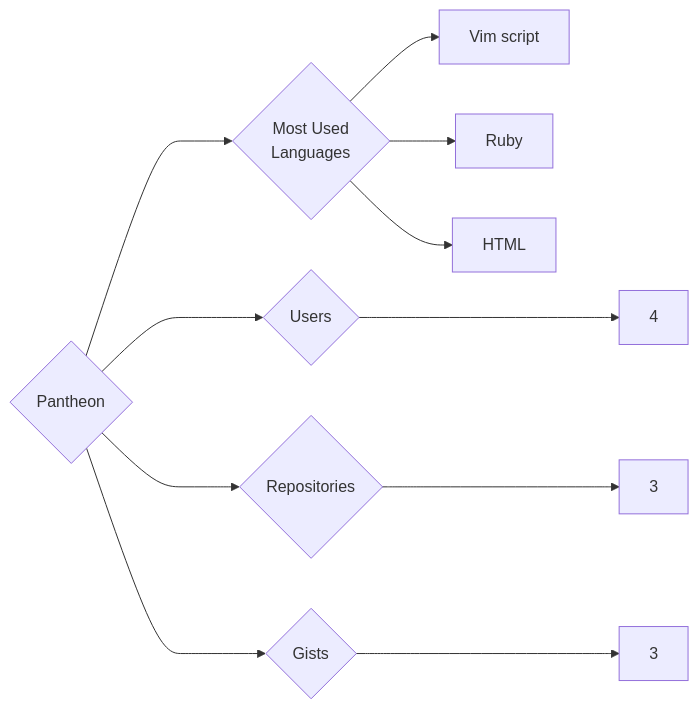
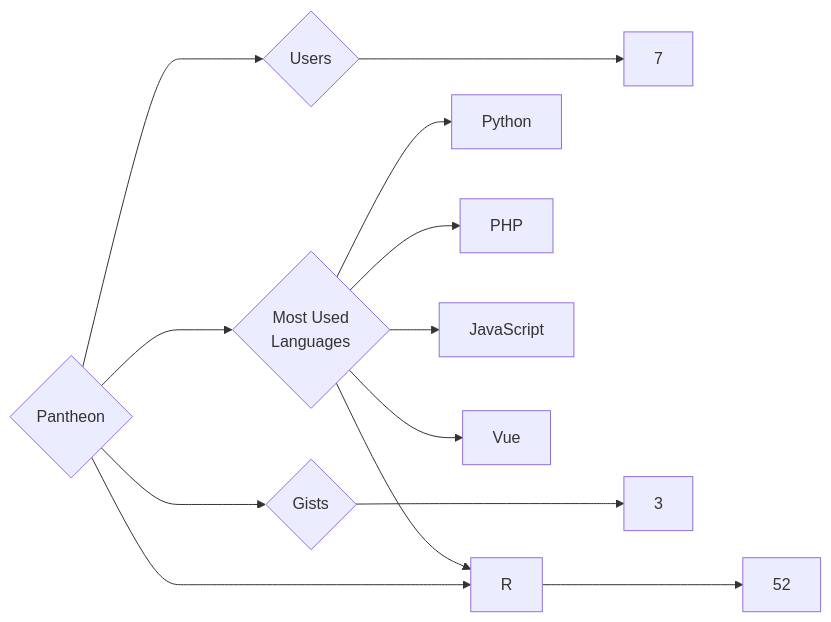
One commit to trickest/insiders changed the diagram in targets/Pantheon/README.md. Above: the diagram before and after it, drawn with Mermaid. The commit also changed 895 other files, not shown here.

````diff
--- a/targets/Pantheon/README.md
+++ b/targets/Pantheon/README.md
@@ -3,11 +3,13 @@
 ```mermaid
 graph LR
 COMPANY_NAME{Pantheon}
-COMPANY_NAME ---> U{Users} ---> UN[4]
-COMPANY_NAME ---> R{Repositories} ---> RN[3]
+COMPANY_NAME ---> U{Users} ---> UN[7]
+COMPANY_NAME ---> R{Repositories} ---> RN[52]
 COMPANY_NAME ---> G{Gists} ---> GN[3]
 COMPANY_NAME ---> ML{Most Used<br>Languages}
-ML --> Vim_script[Vim script]
-ML --> Ruby[Ruby]
-ML --> HTML[HTML]
+ML --> Python[Python]
+ML --> PHP[PHP]
+ML --> R[R]
+ML --> JavaScript[JavaScript]
+ML --> Vue[Vue]
 ```
````
